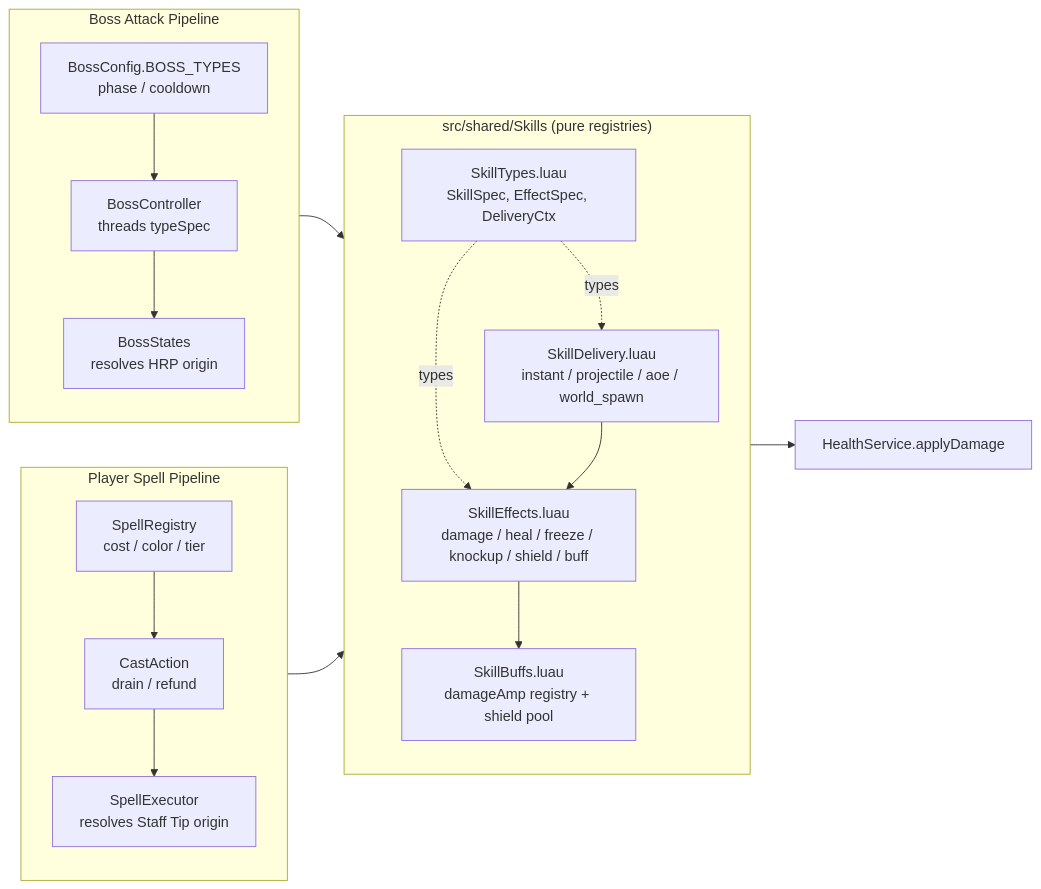
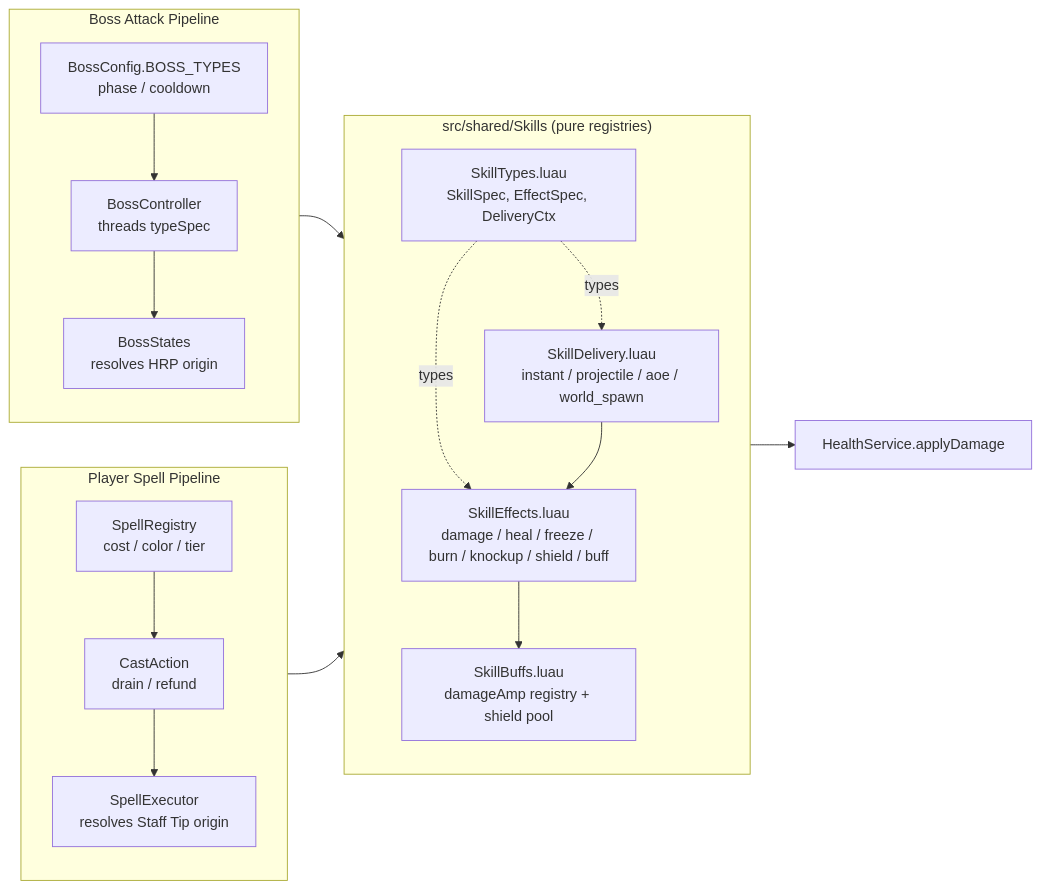
One commit to Lukizanda/brain-fighter changed the first of 5 diagrams in wiki/systems/SkillPipeline.md. Above: the diagram before and after it, drawn with Mermaid. The commit also changed other lines of this file and 35 other files, not shown here.

````diff
--- a/wiki/systems/SkillPipeline.md
+++ b/wiki/systems/SkillPipeline.md
@@ -23,34 +23,34 @@
 ```mermaid
 graph LR
     subgraph Player["Player Spell Pipeline"]
         direction TB
         SR["SpellRegistry<br/>cost / color / tier"]
         CA["CastAction<br/>drain / refund"]
         SE["SpellExecutor<br/>resolves Staff Tip origin"]
         SR --> CA --> SE
     end
 
     subgraph Shared["src/shared/Skills (pure registries)"]
         direction TB
         ST["SkillTypes.luau<br/>SkillSpec, EffectSpec, DeliveryCtx"]
         DR["SkillDelivery.luau<br/>instant / projectile / aoe / world_spawn"]
-        ER["SkillEffects.luau<br/>damage / heal / freeze / knockup / shield / buff"]
+        ER["SkillEffects.luau<br/>damage / heal / freeze / burn / knockup / shield / buff"]
         BR["SkillBuffs.luau<br/>damageAmp registry + shield pool"]
         ER --> BR
         ST -.types.-> DR
         ST -.types.-> ER
         DR --> ER
     end
 
     subgraph Boss["Boss Attack Pipeline"]
         direction TB
         BC["BossConfig.BOSS_TYPES<br/>phase / cooldown"]
         BCT["BossController<br/>threads typeSpec"]
         BST["BossStates<br/>resolves HRP origin"]
         BC --> BCT --> BST
     end
 
     SE --> DR
     BST --> DR
     ER --> HS["HealthService.applyDamage"]
 ```
````
